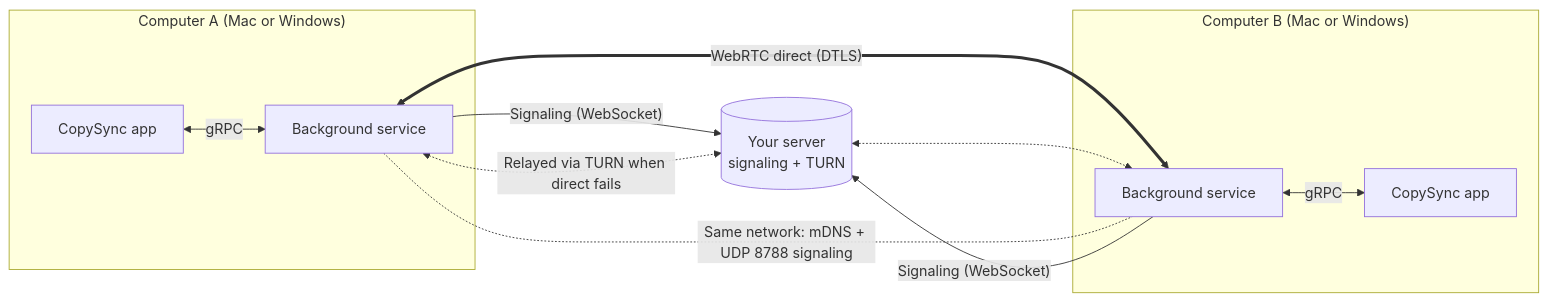
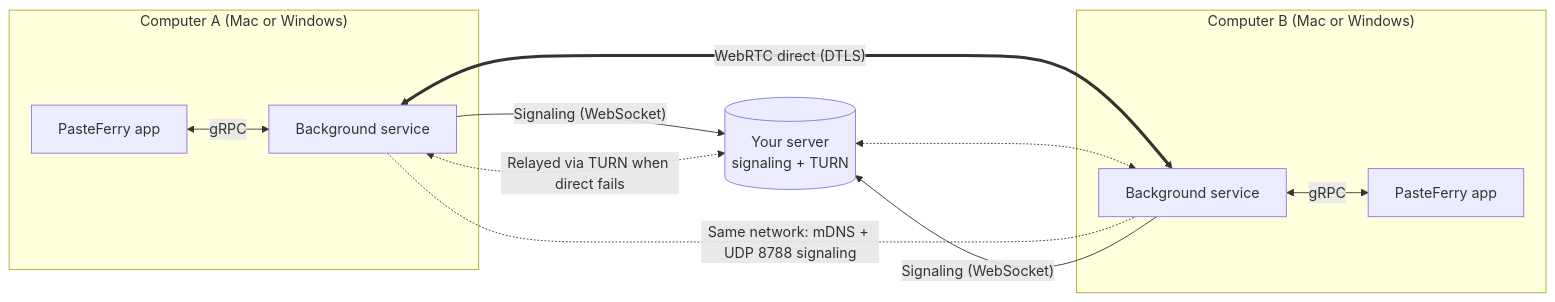
Before and after one commit to baiyuze/copysync: the diagram in guide/how-it-works.md, drawn with Mermaid. The commit also changed other lines of this file and 349 other files, not shown here.

First line of the commit message:
refactor: rename CopySync to PasteFerry everywhere

````diff
--- a/guide/how-it-works.md
+++ b/guide/how-it-works.md
@@ -9,16 +9,16 @@
 ```mermaid
 flowchart LR
     subgraph A["Computer A (Mac or Windows)"]
-        UA["CopySync app"] <-- "gRPC" --> DA["Background service"]
+        UA["PasteFerry app"] <-- "gRPC" --> DA["Background service"]
     end
     subgraph B["Computer B (Mac or Windows)"]
-        DB["Background service"] <-- "gRPC" --> UB["CopySync app"]
+        DB["Background service"] <-- "gRPC" --> UB["PasteFerry app"]
     end
     S[("Your server\nsignaling + TURN")]
     DA -- "Signaling (WebSocket)" --> S
     DB -- "Signaling (WebSocket)" --> S
     DA <== "WebRTC direct (DTLS)" ==> DB
     DA <-. "Relayed via TURN when direct fails" .-> S
     S <-.-> DB
     DA -. "Same network: mDNS + UDP 8788 signaling" .- DB
 ```
````
